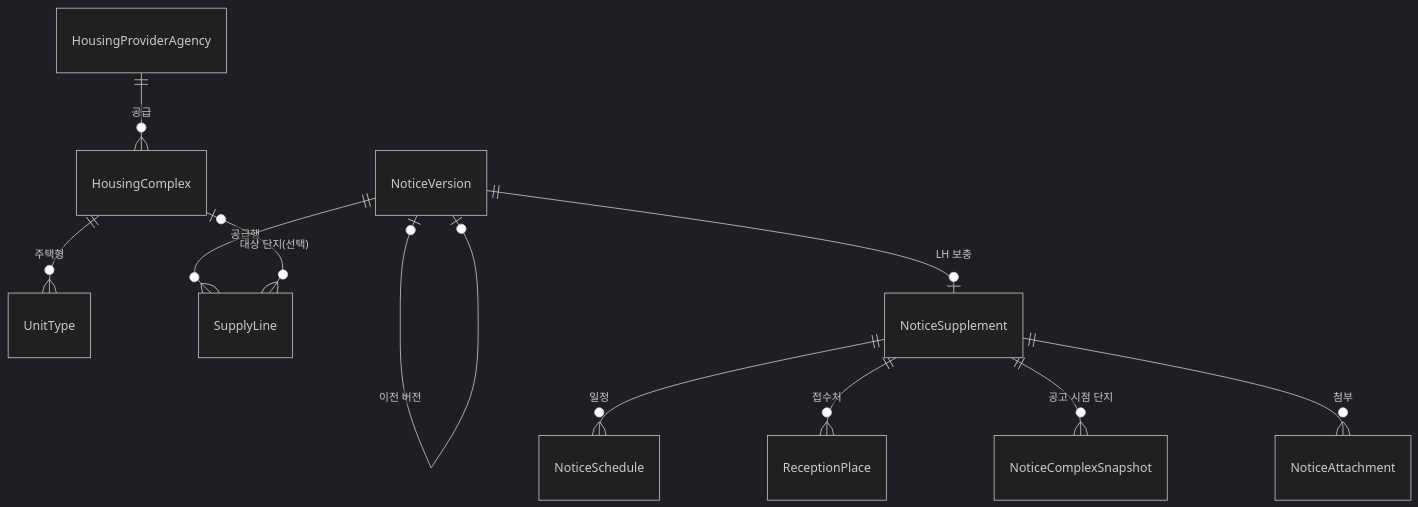
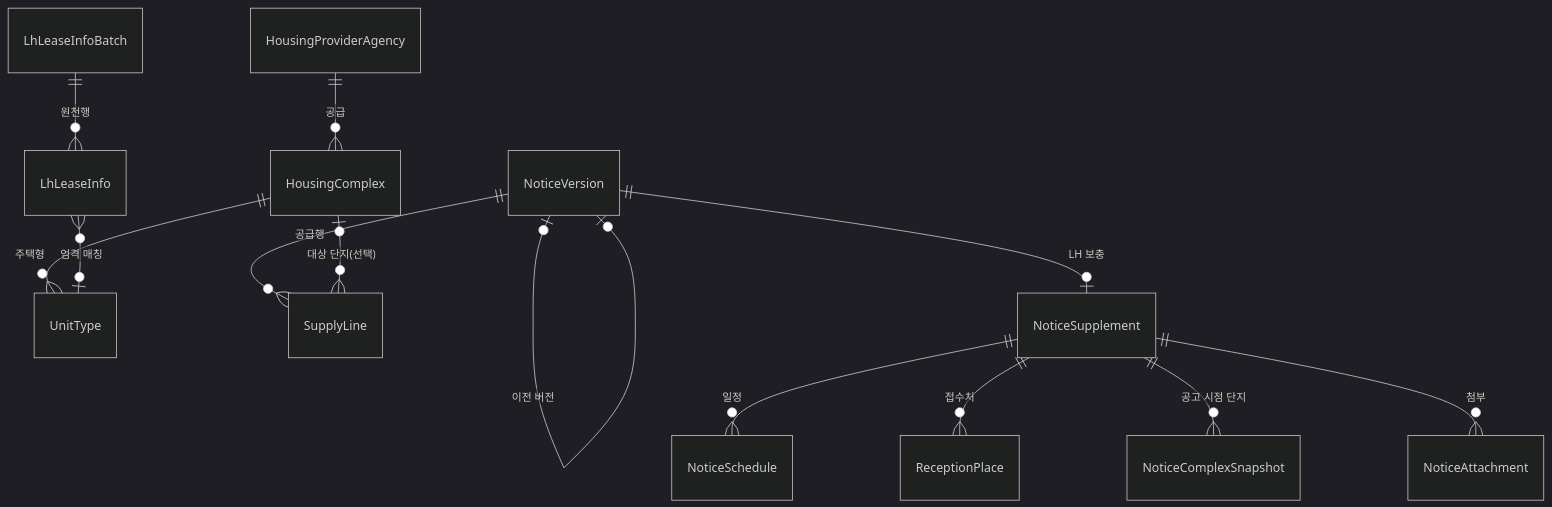
Before and after one commit to JunHyung1206/toadzip-api-domain: the diagram in docs/원천-매핑.md, drawn with Mermaid (dark theme). The commit also changed other lines of this file and 5 other files, not shown here.

````diff
--- a/docs/원천-매핑.md
+++ b/docs/원천-매핑.md
@@ -17,13 +17,15 @@
 ```mermaid
 erDiagram
     HousingProviderAgency ||--o{ HousingComplex : "공급"
     HousingComplex ||--o{ UnitType : "주택형"
+    LhLeaseInfoBatch ||--o{ LhLeaseInfo : "원천행"
+    LhLeaseInfo }o--o| UnitType : "엄격 매칭"
     NoticeVersion ||--o{ SupplyLine : "공급행"
     NoticeVersion |o--o| NoticeVersion : "이전 버전"
     HousingComplex |o--o{ SupplyLine : "대상 단지(선택)"
     NoticeVersion ||--o| NoticeSupplement : "LH 보충"
     NoticeSupplement ||--o{ NoticeSchedule : "일정"
     NoticeSupplement ||--o{ ReceptionPlace : "접수처"
     NoticeSupplement ||--o{ NoticeComplexSnapshot : "공고 시점 단지"
     NoticeSupplement ||--o{ NoticeAttachment : "첨부"
 ```
````
